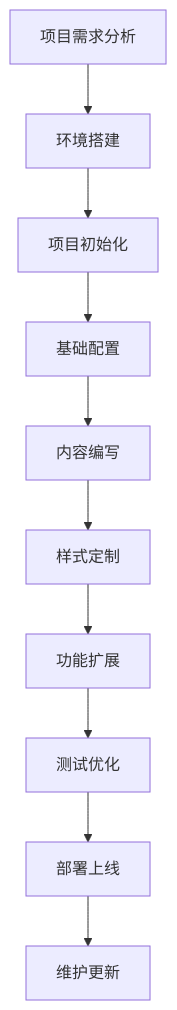
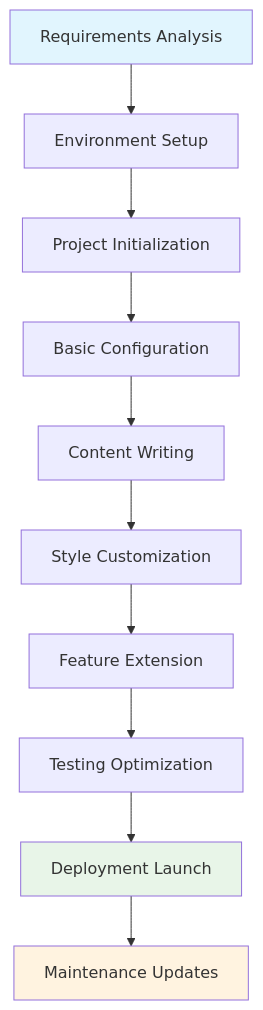
The first of 10 diagrams in versioned_docs/version-2024-winter/tutorials/docusaurus-tutorial.mdx (ChanMeng666/ai-programming-teaching-project), drawn with Mermaid before and after one commit. The commit also changed other lines of this file and 472 other files, not shown here.

````diff
--- a/versioned_docs/version-2024-winter/tutorials/docusaurus-tutorial.mdx
+++ b/versioned_docs/version-2024-winter/tutorials/docusaurus-tutorial.mdx
@@ -34,12 +33,16 @@
 ```mermaid
 graph TD
-    A[项目需求分析] --> B[环境搭建]
-    B --> C[项目初始化]
-    C --> D[基础配置]
-    D --> E[内容编写]
-    E --> F[样式定制]
-    F --> G[功能扩展]
-    G --> H[测试优化]
-    H --> I[部署上线]
-    I --> J[维护更新]
+    A[Requirements Analysis] --> B[Environment Setup]
+    B --> C[Project Initialization]
+    C --> D[Basic Configuration]
+    D --> E[Content Writing]
+    E --> F[Style Customization]
+    F --> G[Feature Extension]
+    G --> H[Testing Optimization]
+    H --> I[Deployment Launch]
+    I --> J[Maintenance Updates]
+
+    style A fill:#e1f5fe
+    style I fill:#e8f5e8
+    style J fill:#fff3e0
 ```
````
